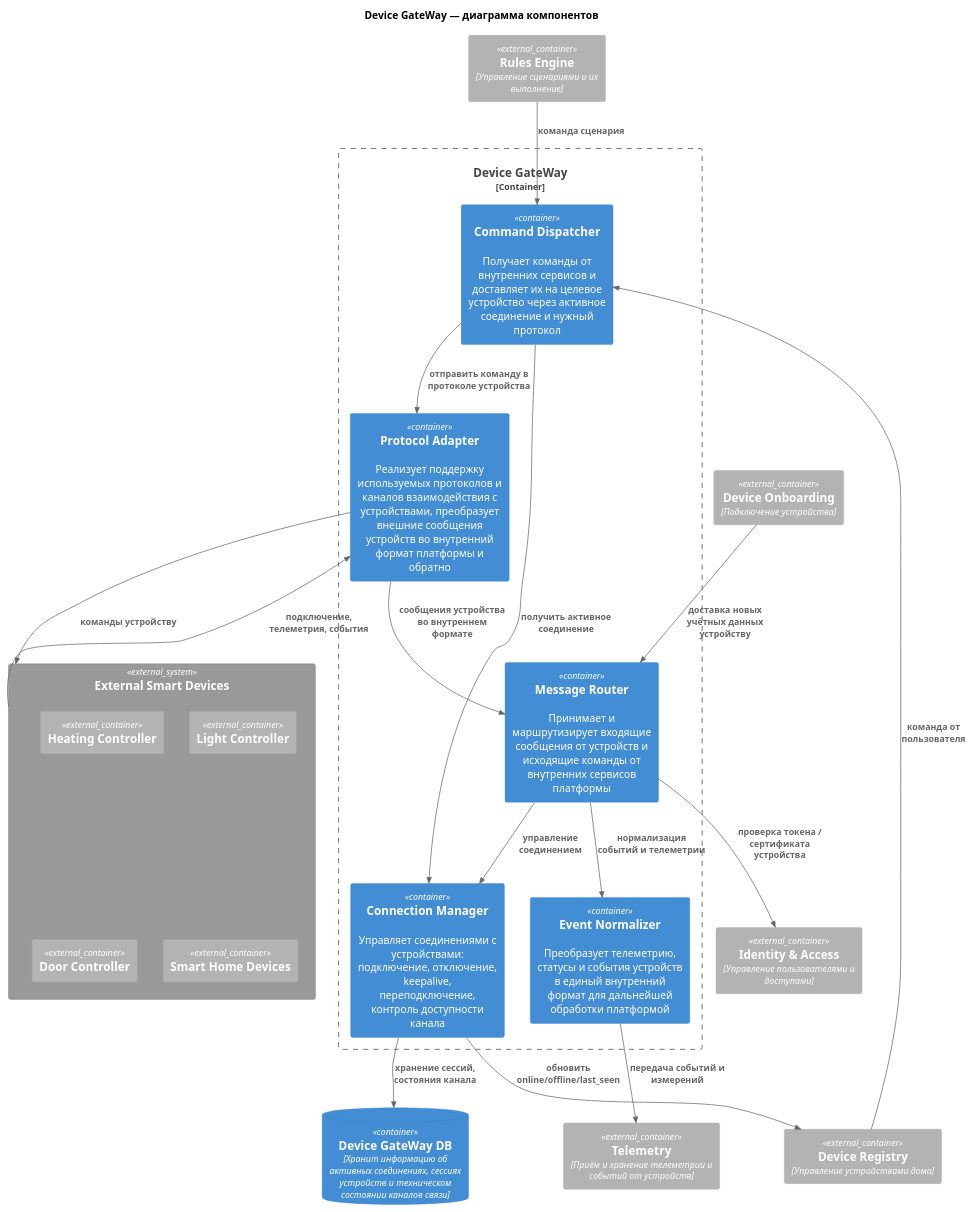
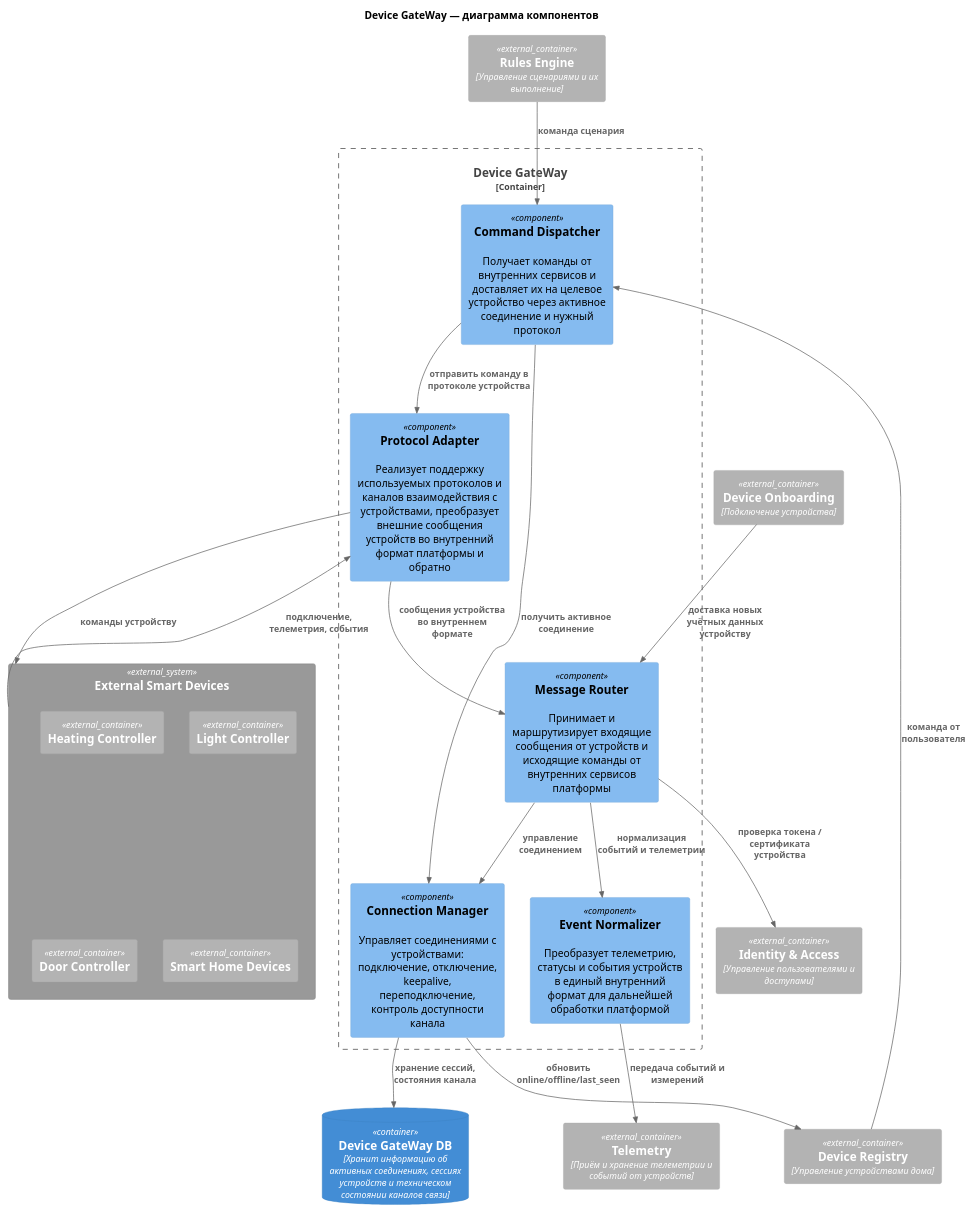
Before and after one commit to Meeluck/architecture-warmhouse: the diagram in arch/component/device_gateway_component.puml, drawn with PlantUML. The commit also changed 4 other files, not shown here.

```diff
--- a/arch/component/device_gateway_component.puml
+++ b/arch/component/device_gateway_component.puml
@@ -1,51 +1,51 @@
 @startuml
 !include https://raw.githubusercontent.com/plantuml-stdlib/C4-PlantUML/master/C4_Component.puml
 
 title Device GateWay — диаграмма компонентов
 
 Container_Ext(ia,Identity & Access,Управление пользователями и доступами)
 Container_Ext(dr,Device Registry,Управление устройствами дома)
 Container_Ext(do,Device Onboarding,Подключение устройства)
 Container_Ext(tm,Telemetry,Приём и хранение телеметрии и событий от устройств)
 Container_Ext(re, Rules Engine,Управление сценариями и их выполнение)
 
 ContainerDb(db_dm_dg, Device GateWay DB,"Хранит информацию об активных соединениях, сессиях устройств и техническом состоянии каналов связи")
 
 Container_Boundary(dg, Device GateWay){    
-   Container(router, Message Router,,"Принимает и маршрутизирует входящие сообщения от устройств и исходящие команды от внутренних сервисов платформы")
-   Container(adapter,Protocol Adapter,,"Реализует поддержку используемых протоколов и каналов взаимодействия с устройствами, преобразует внешние сообщения устройств во внутренний формат платформы и обратно")
-   Container(manager, Connection Manager,,"Управляет соединениями с устройствами: подключение, отключение, keepalive, переподключение, контроль доступности канала ")
-   Container(dispatcher, Command Dispatcher,,"Получает команды от внутренних сервисов и доставляет их на целевое устройство через активное соединение и нужный протокол")
-   Container(normalizer,Event Normalizer,,"Преобразует телеметрию, статусы и события устройств в единый внутренний формат для дальнейшей обработки платформой")
+   Component(router, Message Router,,"Принимает и маршрутизирует входящие сообщения от устройств и исходящие команды от внутренних сервисов платформы")
+   Component(adapter,Protocol Adapter,,"Реализует поддержку используемых протоколов и каналов взаимодействия с устройствами, преобразует внешние сообщения устройств во внутренний формат платформы и обратно")
+   Component(manager, Connection Manager,,"Управляет соединениями с устройствами: подключение, отключение, keepalive, переподключение, контроль доступности канала ")
+   Component(dispatcher, Command Dispatcher,,"Получает команды от внутренних сервисов и доставляет их на целевое устройство через активное соединение и нужный протокол")
+   Component(normalizer,Event Normalizer,,"Преобразует телеметрию, статусы и события устройств в единый внутренний формат для дальнейшей обработки платформой")
 }
 
 System_Ext(extDev,"External Smart Devices"){
     Container_Ext(heating,"Heating Controller")
     Container_Ext(light,"Light Controller")
     Container_Ext(door,"Door Controller")
     Container_Ext(shd,"Smart Home Devices")
 }
 
 Rel(extDev,adapter,"подключение, телеметрия, события")
 Rel(adapter,router,"сообщения устройства во внутреннем формате")
 Rel(router,manager,"управление соединением")
 Rel(manager,db_dm_dg,"хранение сессий, состояния канала")
 
 Rel(router,normalizer,"нормализация событий и телеметрии")
 Rel(normalizer,tm,"передача событий и измерений")
 
 Rel(dr,dispatcher,"команда от пользователя")
 Rel(re,dispatcher,"команда сценария")
 
 Rel(dispatcher,manager,"получить активное соединение")
 Rel(dispatcher,adapter,"отправить команду в протоколе устройства")
 
 Rel(adapter,extDev,"команды устройству")
 
 Rel(router,ia,"проверка токена / сертификата устройства")
 Rel(do,router,"доставка новых учётных данных устройству")
 
 Rel(manager,dr,"обновить online/offline/last_seen")
 
 
 @enduml
```
